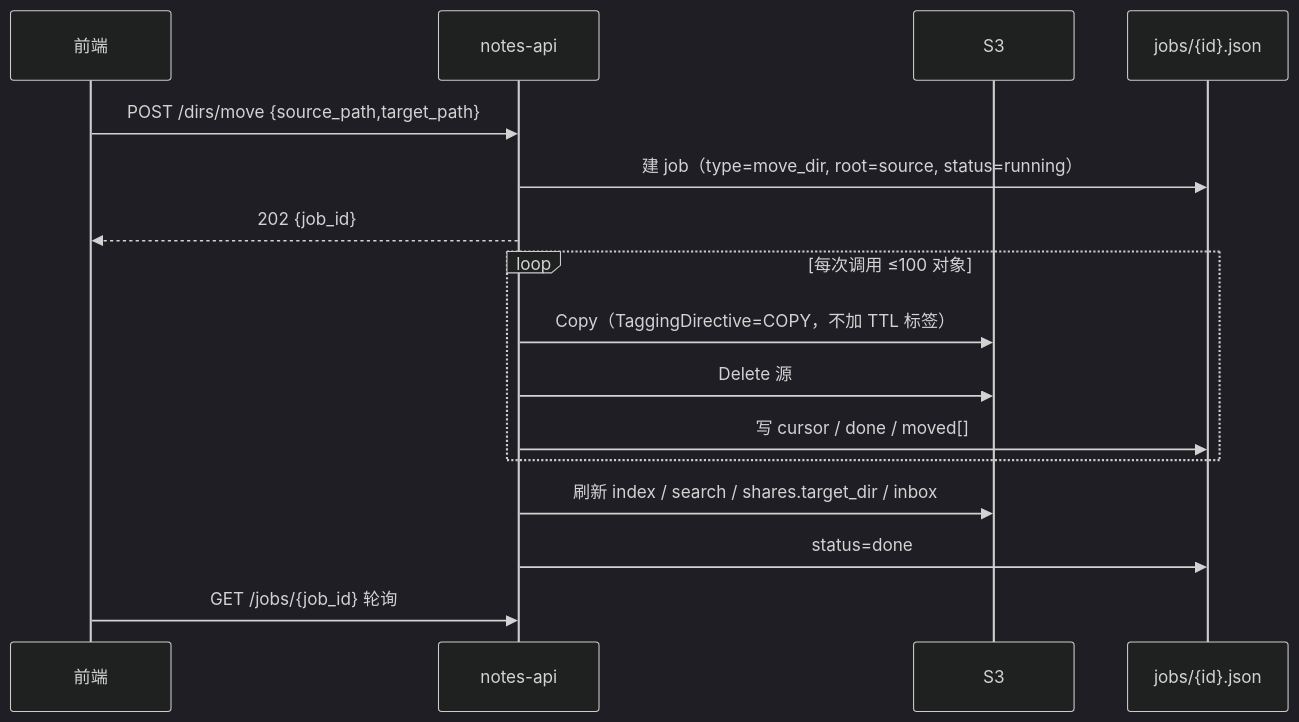
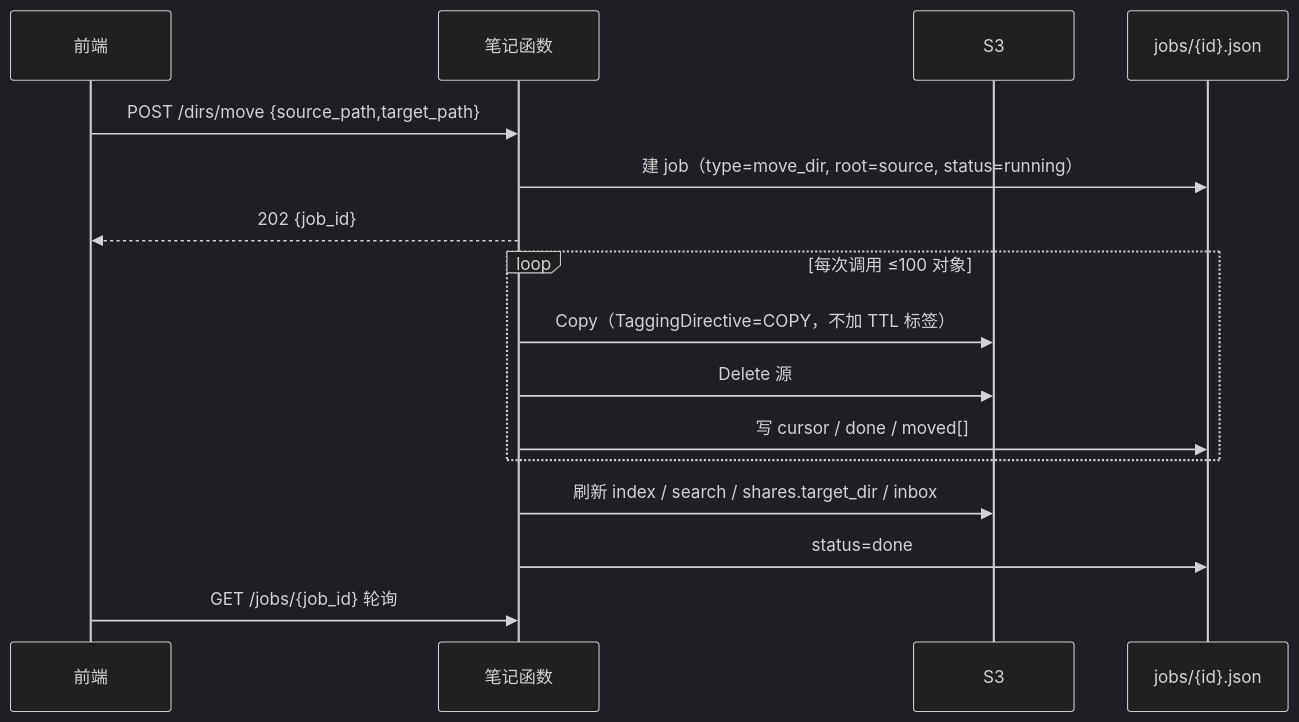
Before and after one commit to tengsihai/cloudjian_infra: the sixth of 6 diagrams in docs/云笺-ALL-基线-技术架构-v1.2.md, drawn with Mermaid (dark theme). The commit also changed other lines of this file and 20 other files, not shown here.

````diff
--- a/docs/云笺-ALL-基线-技术架构-v1.2.md
+++ b/docs/云笺-ALL-基线-技术架构-v1.2.md
@@ -922,18 +930,18 @@
 ```mermaid
 sequenceDiagram
   participant U as 前端
-  participant N as notes-api
+  participant N as 笔记函数
   participant S as S3
   participant J as jobs/{id}.json
   U->>N: POST /dirs/move {source_path,target_path}
   N->>J: 建 job（type=move_dir, root=source, status=running）
   N-->>U: 202 {job_id}
   loop 每次调用 ≤100 对象
     N->>S: Copy（TaggingDirective=COPY，不加 TTL 标签）
     N->>S: Delete 源
     N->>J: 写 cursor / done / moved[]
   end
   N->>S: 刷新 index / search / shares.target_dir / inbox
   N->>J: status=done
   U->>N: GET /jobs/{job_id} 轮询
 ```
````
